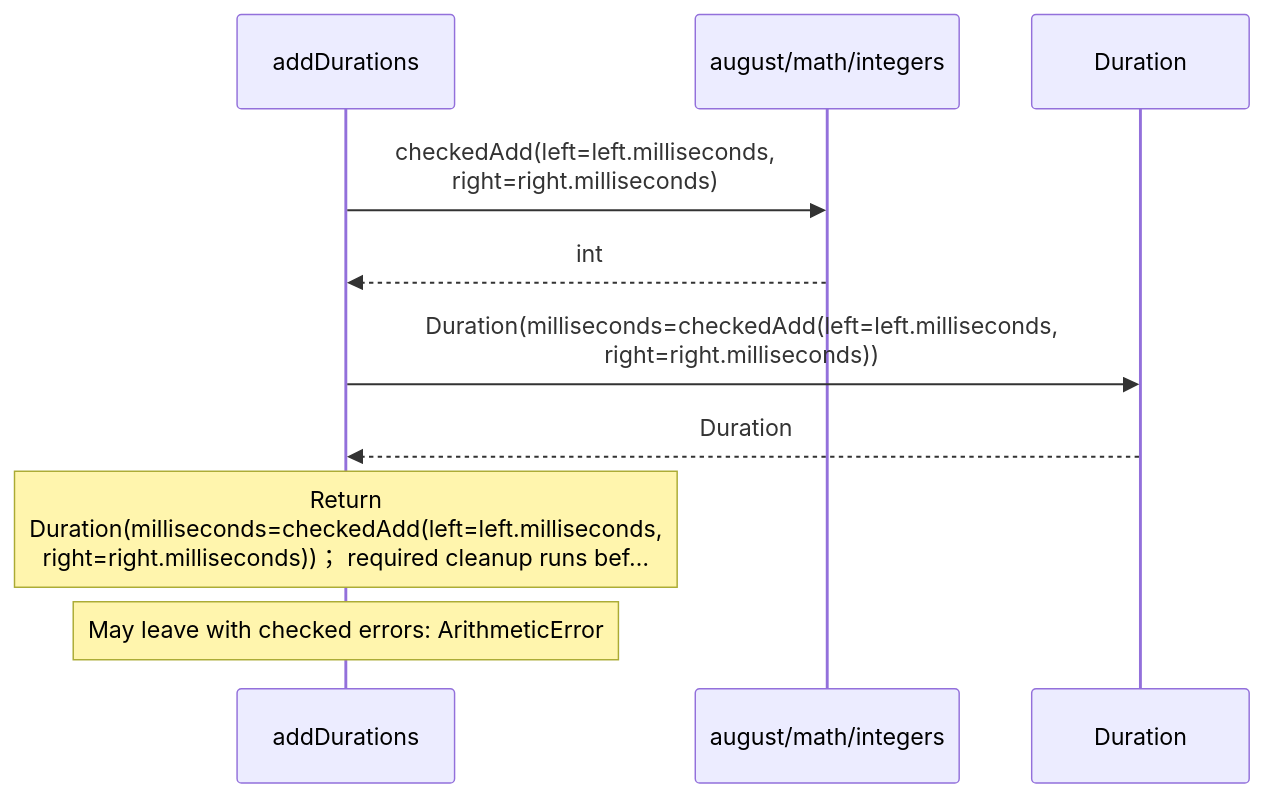
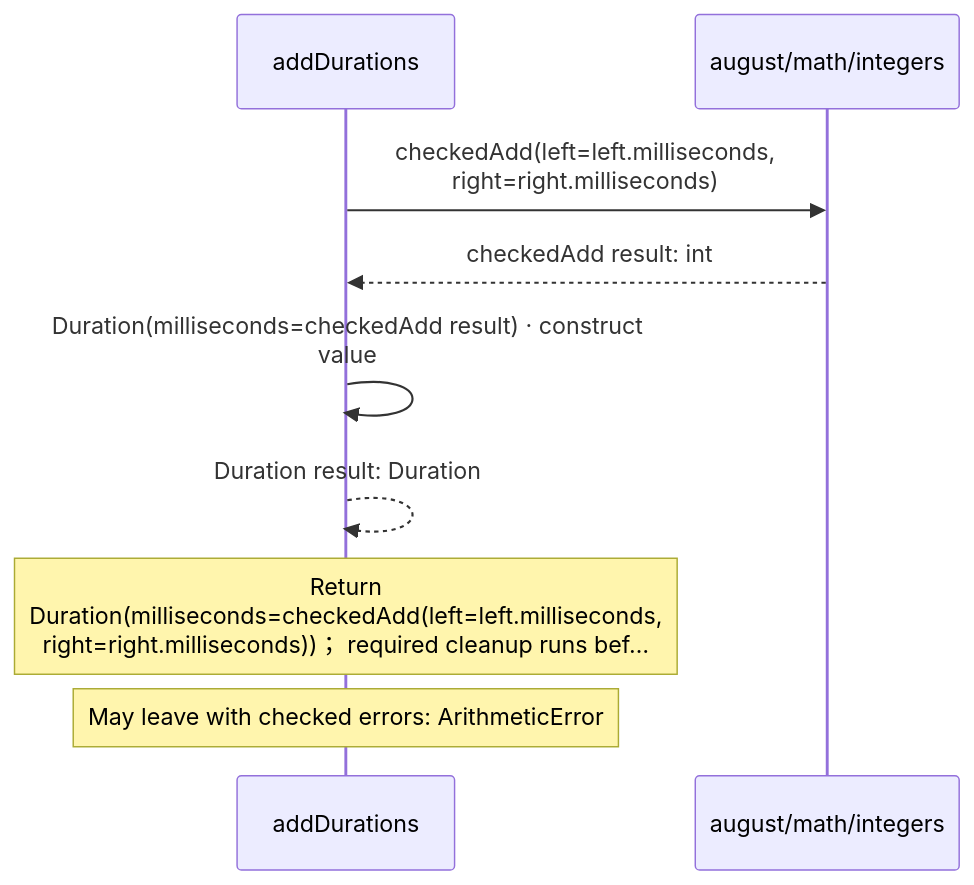
One commit to GreenPandaStudios/augscript changed the seventh of 8 diagrams in src/stdlib/values/durations.aug.diagrams.md. Above: the diagram before and after it, drawn with Mermaid. The commit also changed other lines of this file and 304 other files, not shown here.

Commit message:
Make generated data-flow sequences concise and review every diagram

````diff
--- a/src/stdlib/values/durations.aug.diagrams.md
+++ b/src/stdlib/values/durations.aug.diagrams.md
@@ -207,12 +227,11 @@
 ```mermaid
 sequenceDiagram
     participant p0 as addDurations
     participant p1 as august/math/integers
-    participant p2 as Duration
     p0->>p1: checkedAdd(left=left.milliseconds,<br/>right=right.milliseconds)
-    p1-->>p0: int
-    p0->>p2: Duration(milliseconds=checkedAdd(left=left.milliseconds,<br/>right=right.milliseconds))
-    p2-->>p0: Duration
+    p1-->>p0: checkedAdd result: int
+    p0->>p0: Duration(milliseconds=checkedAdd result) · construct<br/>value
+    p0-->>p0: Duration result: Duration
     Note over p0: Return<br/>Duration(milliseconds=checkedAdd(left=left.milliseconds,<br/>right=right.milliseconds))； required cleanup runs bef…
     Note over p0: May leave with checked errors: ArithmeticError
 ```
````
